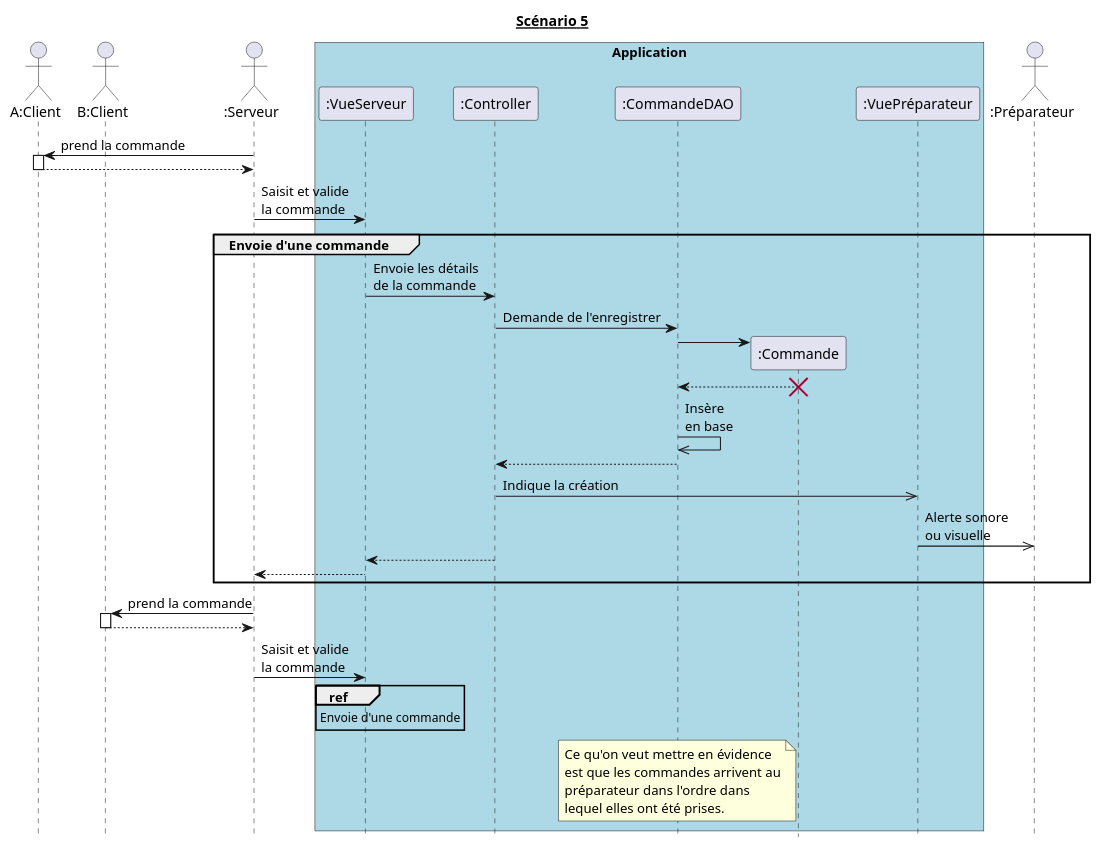
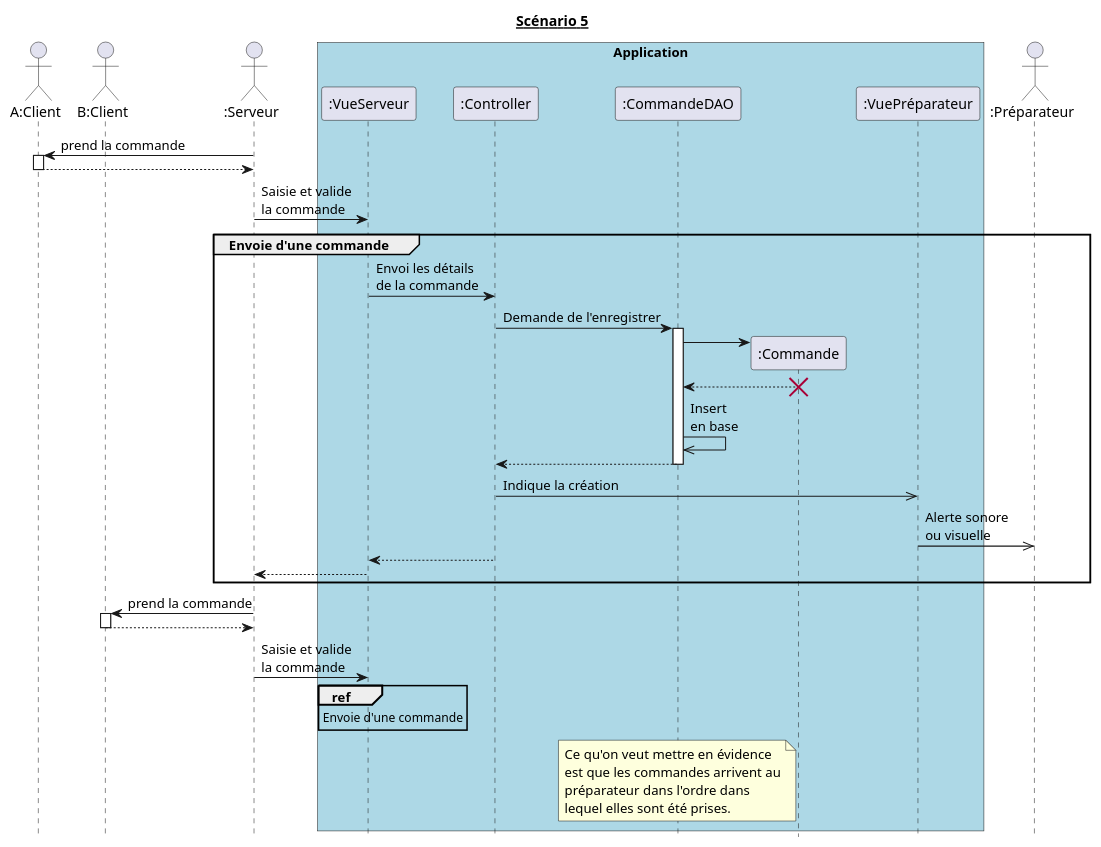
Before and after one commit to hulskenA/GL-Les_seigneurs_du_resto: the diagram in diagrammes_sequences_detailles/dss5.md, drawn with PlantUML. The commit also changed 7 other files, not shown here.

````diff
--- a/diagrammes_sequences_detailles/dss5.md
+++ b/diagrammes_sequences_detailles/dss5.md
@@ -1,63 +1,65 @@
 ```puml
 @startuml
 hide footbox
 title __Scénario 5__
 
 actor "A:Client" as ClientA order 10
 actor "B:Client" as ClientB order 20
 actor ":Serveur" as Serveur order 30
 actor ":Préparateur" as Préparateur order 90
 
 box "Application" #Lightblue
   participant ":VueServeur" as VueServeur order 40
   participant ":Controller" as Controller order 50
   participant ":CommandeDAO" as CommandeDAO order 60
   participant ":Commande" as Commande order 70
   participant ":VuePréparateur" as VuePréparateur order 80
 endbox
 
 Serveur -> ClientA : prend la commande
 activate ClientA
 Serveur <-- ClientA
 deactivate ClientA
 
-Serveur -> VueServeur : Saisit et valide\nla commande
+Serveur -> VueServeur : Saisie et valide\nla commande
 
 group Envoie d'une commande
-  VueServeur -> Controller : Envoie les détails\nde la commande
+  VueServeur -> Controller : Envoi les détails\nde la commande
   Controller -> CommandeDAO : Demande de l'enregistrer
 
-  create Commande
-  CommandeDAO -> Commande
-  CommandeDAO <-- Commande
-  destroy Commande
+  activate CommandeDAO    
+    create Commande
+    CommandeDAO -> Commande
+    CommandeDAO <-- Commande
+    destroy Commande
 
-  CommandeDAO ->> CommandeDAO : Insère\nen base
-  CommandeDAO --> Controller
+    CommandeDAO ->> CommandeDAO : Insert\nen base
+    CommandeDAO --> Controller
+  deactivate CommandeDAO
 
   Controller ->> VuePréparateur : Indique la création
   VuePréparateur ->> Préparateur : Alerte sonore\nou visuelle
   Controller --> VueServeur
   VueServeur --> Serveur
 end
 
 Serveur -> ClientB : prend la commande
 activate ClientB
 Serveur <-- ClientB
 deactivate ClientB
 
-Serveur -> VueServeur : Saisit et valide\nla commande
+Serveur -> VueServeur : Saisie et valide\nla commande
 
 ref over VueServeur
     Envoie d'une commande
 end
 
 note over CommandeDAO
   Ce qu'on veut mettre en évidence
   est que les commandes arrivent au
   préparateur dans l'ordre dans
-  lequel elles ont été prises.
+  lequel elles sont été prises.
 end note
 
 @enduml
 ```
````
